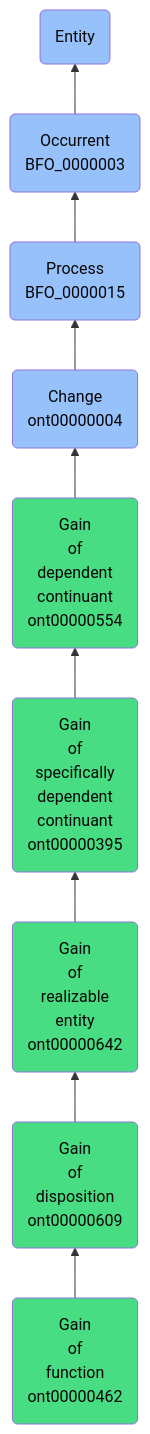
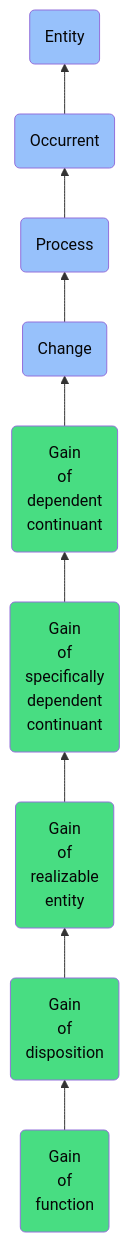
Before and after one commit to jupyter-naas/abi: the diagram in docs/ontology/reference/model/Entity/Occurrent/Process/Change/Gain of dependent continuant/Gain of specifically dependent continuant/Gain of realizable entity/Gain of disposition/Gain of function/Gain of function.md, drawn with Mermaid. The commit also changed other lines of this file and 1430 other files, not shown here.

````diff
--- a/docs/ontology/reference/model/Entity/Occurrent/Process/Change/Gain of dependent continuant/Gain of specifically dependent continuant/Gain of realizable entity/Gain of disposition/Gain of function/Gain of function.md
+++ b/docs/ontology/reference/model/Entity/Occurrent/Process/Change/Gain of dependent continuant/Gain of specifically dependent continuant/Gain of realizable entity/Gain of disposition/Gain of function/Gain of function.md
@@ -24,16 +24,16 @@
 ```mermaid
 graph BT
-    ont00000462(Gain<br>of<br>function<br>ont00000462):::ABI-->ont00000609
-    ont00000609(Gain<br>of<br>disposition<br>ont00000609):::ABI-->ont00000642
-    ont00000642(Gain<br>of<br>realizable<br>entity<br>ont00000642):::ABI-->ont00000395
-    ont00000395(Gain<br>of<br>specifically<br>dependent<br>continuant<br>ont00000395):::ABI-->ont00000554
-    ont00000554(Gain<br>of<br>dependent<br>continuant<br>ont00000554):::ABI-->ont00000004
-    ont00000004(Change<br>ont00000004):::BFO-->BFO_0000015
-    BFO_0000015(Process<br>BFO_0000015):::BFO-->BFO_0000003
-    BFO_0000003(Occurrent<br>BFO_0000003):::BFO-->BFO_0000001
+    ont00000462(Gain<br>of<br>function):::ABI-->ont00000609
+    ont00000609(Gain<br>of<br>disposition):::ABI-->ont00000642
+    ont00000642(Gain<br>of<br>realizable<br>entity):::ABI-->ont00000395
+    ont00000395(Gain<br>of<br>specifically<br>dependent<br>continuant):::ABI-->ont00000554
+    ont00000554(Gain<br>of<br>dependent<br>continuant):::ABI-->ont00000004
+    ont00000004(Change):::BFO-->BFO_0000015
+    BFO_0000015(Process):::BFO-->BFO_0000003
+    BFO_0000003(Occurrent):::BFO-->BFO_0000001
     BFO_0000001(Entity):::BFO
     
     classDef BFO fill:#97c1fb,color:#060606
     classDef CCO fill:#e4c51e,color:#060606
     classDef ABI fill:#48DD82,color:#060606
 ```
````
